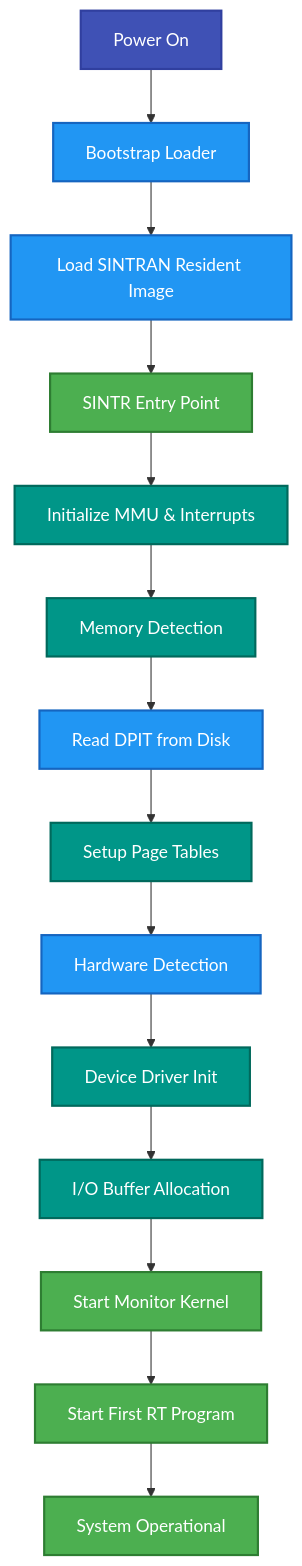
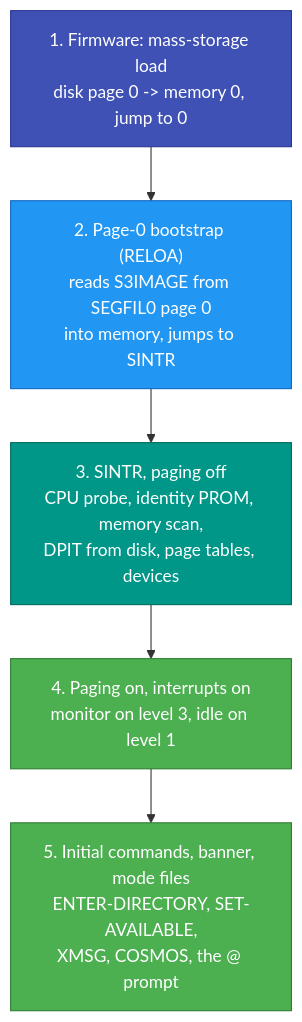
Before and after one commit to RetroCoreLabs/NDInsight: the first of 6 diagrams in SINTRAN/OS/01-BOOT-SEQUENCE.md, drawn with Mermaid. The commit also changed other lines of this file and 7 other files, not shown here.

````diff
--- a/SINTRAN/OS/01-BOOT-SEQUENCE.md
+++ b/SINTRAN/OS/01-BOOT-SEQUENCE.md
@@ -36,31 +29,14 @@
 ```mermaid
-graph TD
-    A[Power On] --> B[Bootstrap Loader]
-    B --> C[Load SINTRAN Resident Image]
-    C --> D[SINTR Entry Point]
-    D --> E[Initialize MMU & Interrupts]
-    E --> F[Memory Detection]
-    F --> G[Read DPIT from Disk]
-    G --> H[Setup Page Tables]
-    H --> I[Hardware Detection]
-    I --> J[Device Driver Init]
-    J --> K[I/O Buffer Allocation]
-    K --> L[Start Monitor Kernel]
-    L --> M[Start First RT Program]
-    M --> N[System Operational]
-    
-    style A fill:#3F51B5,stroke:#303F9F,stroke-width:2px,color:#fff
-    style B fill:#2196F3,stroke:#1565C0,stroke-width:2px,color:#fff
-    style C fill:#2196F3,stroke:#1565C0,stroke-width:2px,color:#fff
-    style D fill:#4CAF50,stroke:#2E7D32,stroke-width:2px,color:#fff
-    style E fill:#009688,stroke:#00695C,stroke-width:2px,color:#fff
-    style F fill:#009688,stroke:#00695C,stroke-width:2px,color:#fff
-    style G fill:#2196F3,stroke:#1565C0,stroke-width:2px,color:#fff
-    style H fill:#009688,stroke:#00695C,stroke-width:2px,color:#fff
-    style I fill:#2196F3,stroke:#1565C0,stroke-width:2px,color:#fff
-    style J fill:#009688,stroke:#00695C,stroke-width:2px,color:#fff
-    style K fill:#009688,stroke:#00695C,stroke-width:2px,color:#fff
-    style L fill:#4CAF50,stroke:#2E7D32,stroke-width:2px,color:#fff
-    style M fill:#4CAF50,stroke:#2E7D32,stroke-width:2px,color:#fff
-    style N fill:#4CAF50,stroke:#2E7D32,stroke-width:2px,color:#fff
+flowchart TD
+    F["1. Firmware: mass-storage load<br/>disk page 0 -> memory 0, jump to 0"]
+    B["2. Page-0 bootstrap (RELOA)<br/>reads S3IMAGE from SEGFIL0 page 0<br/>into memory, jumps to SINTR"]
+    S["3. SINTR, paging off<br/>CPU probe, identity PROM, memory scan,<br/>DPIT from disk, page tables, devices"]
+    M["4. Paging on, interrupts on<br/>monitor on level 3, idle on level 1"]
+    C["5. Initial commands, banner, mode files<br/>ENTER-DIRECTORY, SET-AVAILABLE,<br/>XMSG, COSMOS, the @ prompt"]
+    F --> B --> S --> M --> C
+    style F fill:#3F51B5,stroke:#283593,color:#fff
+    style B fill:#2196F3,stroke:#1565C0,color:#fff
+    style S fill:#009688,stroke:#00695C,color:#fff
+    style M fill:#4CAF50,stroke:#2E7D32,color:#fff
+    style C fill:#4CAF50,stroke:#2E7D32,color:#fff
 ```
````
